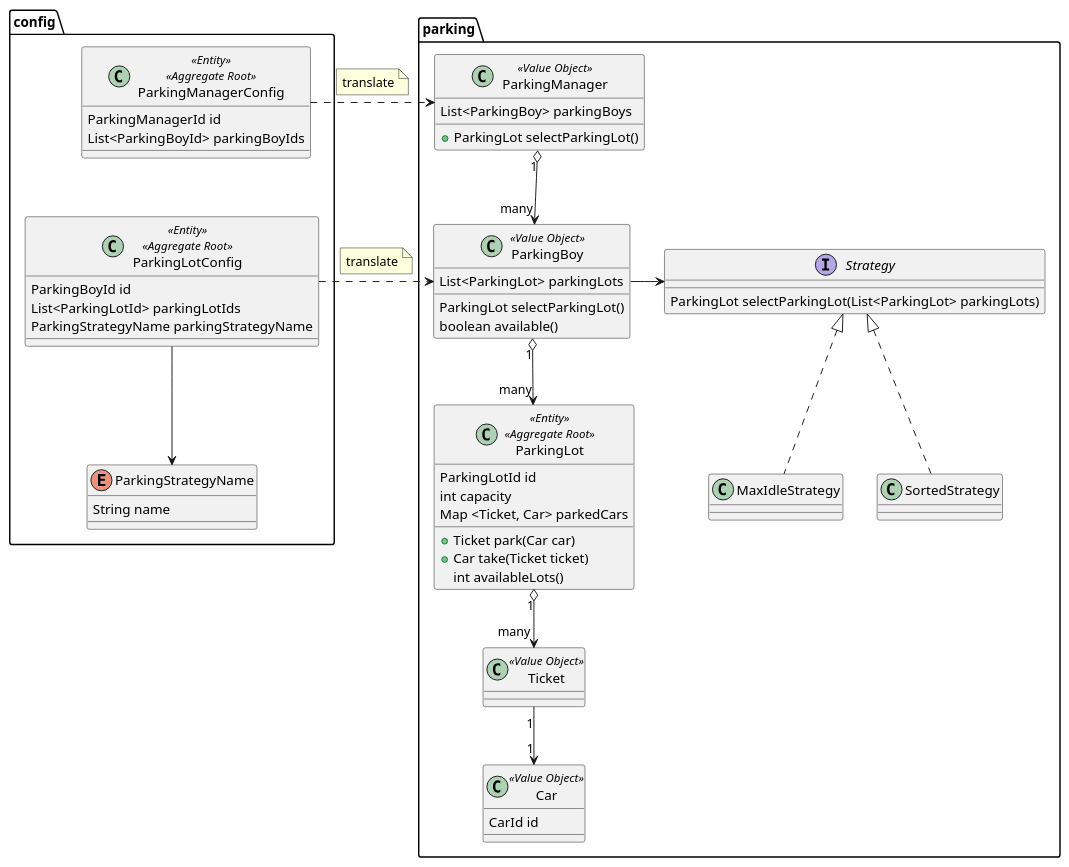
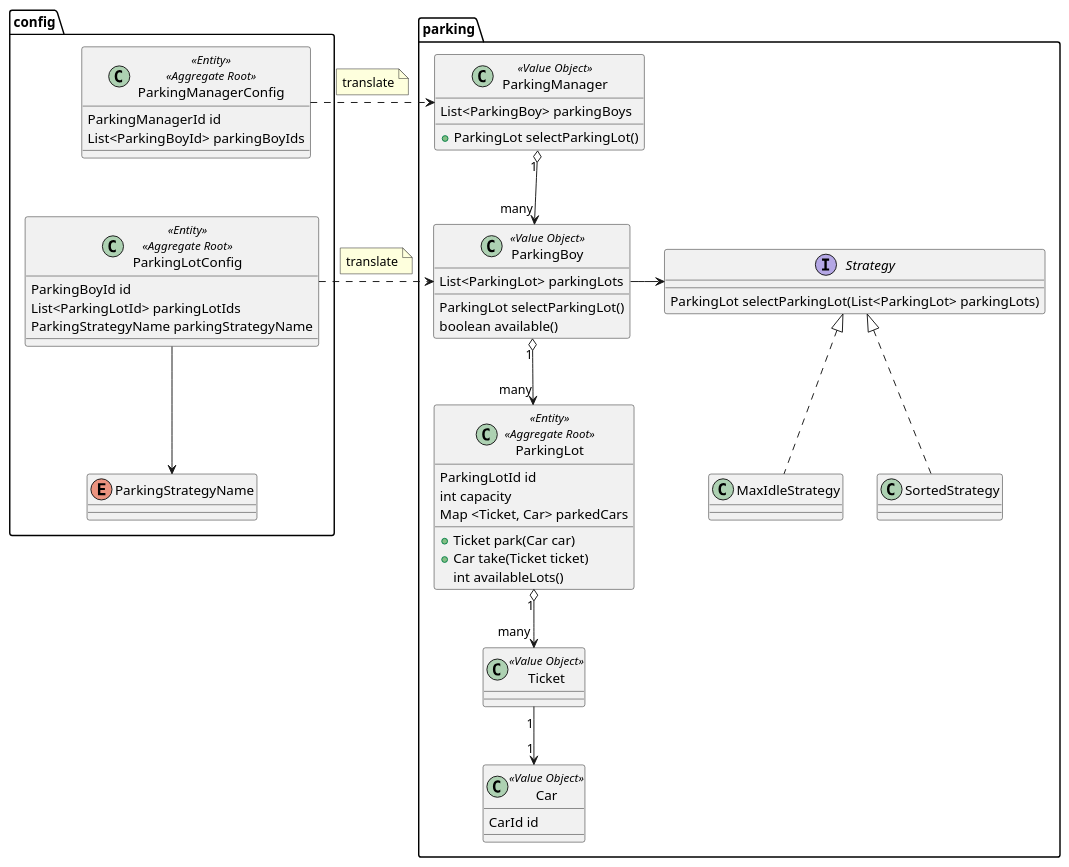
Before and after one commit to dlstonedl/ddd-practice: the diagram in src/main/resources/plantuml/ParkingLotsManagement.puml, drawn with PlantUML.

Commit message:
update uml

```diff
--- a/src/main/resources/plantuml/ParkingLotsManagement.puml
+++ b/src/main/resources/plantuml/ParkingLotsManagement.puml
@@ -1,77 +1,75 @@
 @startuml
 
 package config {
   class ParkingManagerConfig <<Entity>> <<Aggregate Root>> {
      ParkingManagerId id
      List<ParkingBoyId> parkingBoyIds
   }
 
   ParkingManagerConfig --[hidden] ParkingLotConfig
 
   class ParkingLotConfig <<Entity>> <<Aggregate Root>> {
     ParkingBoyId id
     List<ParkingLotId> parkingLotIds
     ParkingStrategyName parkingStrategyName
   }
 
-  enum ParkingStrategyName {
-    String name
-  }
+  enum ParkingStrategyName
   ParkingLotConfig --> ParkingStrategyName
 }
 
 
 package parking {
   class ParkingManager <<Value Object>> {
     List<ParkingBoy> parkingBoys
 
     + ParkingLot selectParkingLot()
   }
   ParkingManagerConfig .> ParkingManager
   note top on link
     translate
   end note
   ParkingManager  "1" o--> "many" ParkingBoy
 
   class ParkingBoy <<Value Object>> {
     List<ParkingLot> parkingLots
 
     ParkingLot selectParkingLot()
     boolean available()
   }
   ParkingLotConfig .> ParkingBoy
   note top on link
     translate
   end note
 
   interface Strategy {
     ParkingLot selectParkingLot(List<ParkingLot> parkingLots)
   }
   class SortedStrategy
   class MaxIdleStrategy
   Strategy <|.. SortedStrategy
   Strategy <|.. MaxIdleStrategy
   ParkingBoy -> Strategy
 
   class ParkingLot <<Entity>> <<Aggregate Root>> {
     ParkingLotId id
     int capacity
     Map <Ticket, Car> parkedCars
 
     + Ticket park(Car car)
     + Car take(Ticket ticket)
     int availableLots()
   }
 
   Class Car <<Value Object>> {
       CarId id
   }
 
   Class Ticket <<Value Object>> {
   }
 
   Ticket "1" --> "1" Car
   ParkingLot "1" o--> "many" Ticket
   ParkingBoy "1" o--> "many" ParkingLot
 }
 @enduml
```
